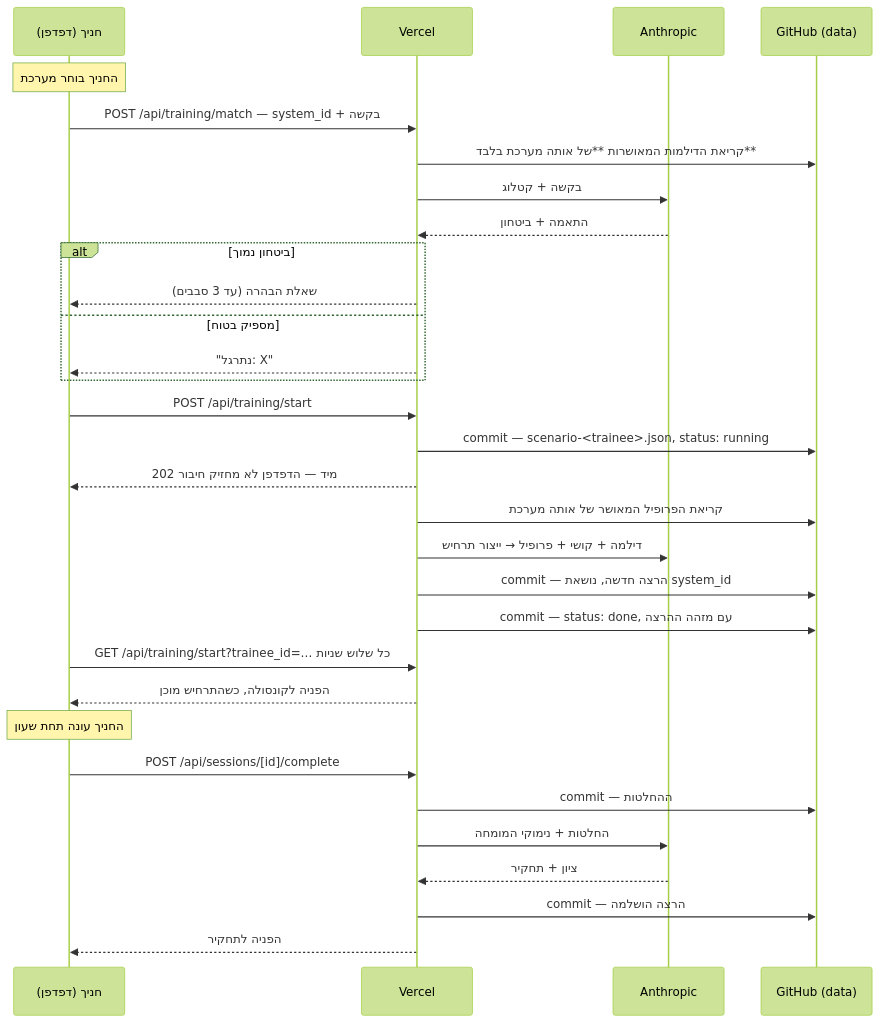
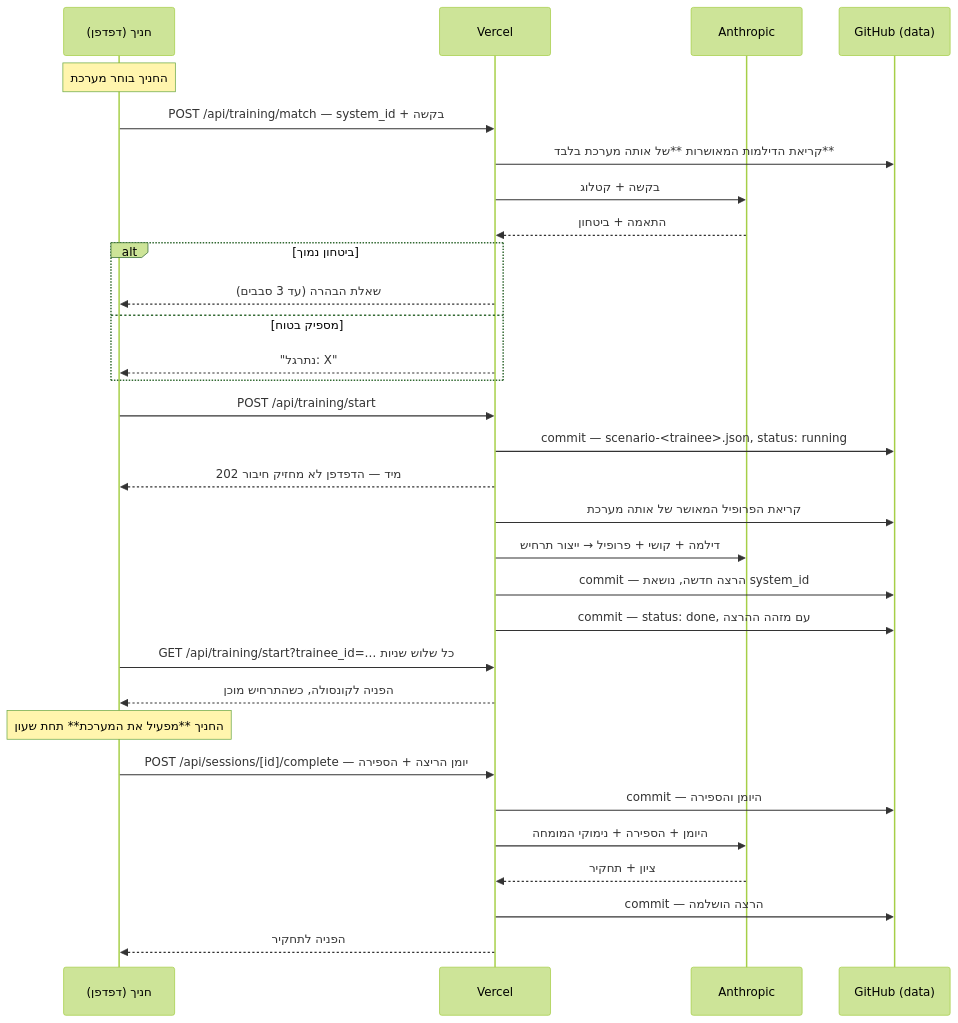
One commit to nimrodekel-hub/AD_SIMULATOR changed the third of 3 diagrams in ARCHITECTURE.md. Above: the diagram before and after it, drawn with Mermaid (forest theme). The commit also changed other lines of this file, not shown here.

````diff
--- a/ARCHITECTURE.md
+++ b/ARCHITECTURE.md
@@ -310,37 +322,37 @@
 ```mermaid
 sequenceDiagram
     participant T as חניך (דפדפן)
     participant V as Vercel
     participant A as Anthropic
     participant G as GitHub (data)
 
     Note over T: החניך בוחר מערכת
     T->>V: POST /api/training/match — system_id + בקשה
     V->>G: קריאת הדילמות המאושרות **של אותה מערכת בלבד**
     V->>A: בקשה + קטלוג
     A-->>V: התאמה + ביטחון
     alt ביטחון נמוך
         V-->>T: שאלת הבהרה (עד 3 סבבים)
     else מספיק בטוח
         V-->>T: "נתרגל: X"
     end
 
     T->>V: POST /api/training/start
     V->>G: commit — scenario-<trainee>.json, status: running
     V-->>T: 202 מיד — הדפדפן לא מחזיק חיבור
     V->>G: קריאת הפרופיל המאושר של אותה מערכת
     V->>A: דילמה + קושי + פרופיל → ייצור תרחיש
     V->>G: commit — הרצה חדשה, נושאת system_id
     V->>G: commit — status: done, עם מזהה ההרצה
     T->>V: GET /api/training/start?trainee_id=… כל שלוש שניות
     V-->>T: הפניה לקונסולה, כשהתרחיש מוכן
 
-    Note over T: החניך עונה תחת שעון
+    Note over T: החניך **מפעיל את המערכת** תחת שעון
 
-    T->>V: POST /api/sessions/[id]/complete
-    V->>G: commit — ההחלטות
-    V->>A: החלטות + נימוקי המומחה
+    T->>V: POST /api/sessions/[id]/complete — יומן הריצה + הספירה
+    V->>G: commit — היומן והספירה
+    V->>A: היומן + הספירה + נימוקי המומחה
     A-->>V: ציון + תחקיר
     V->>G: commit — הרצה הושלמה
     V-->>T: הפניה לתחקיר
 ```
````
